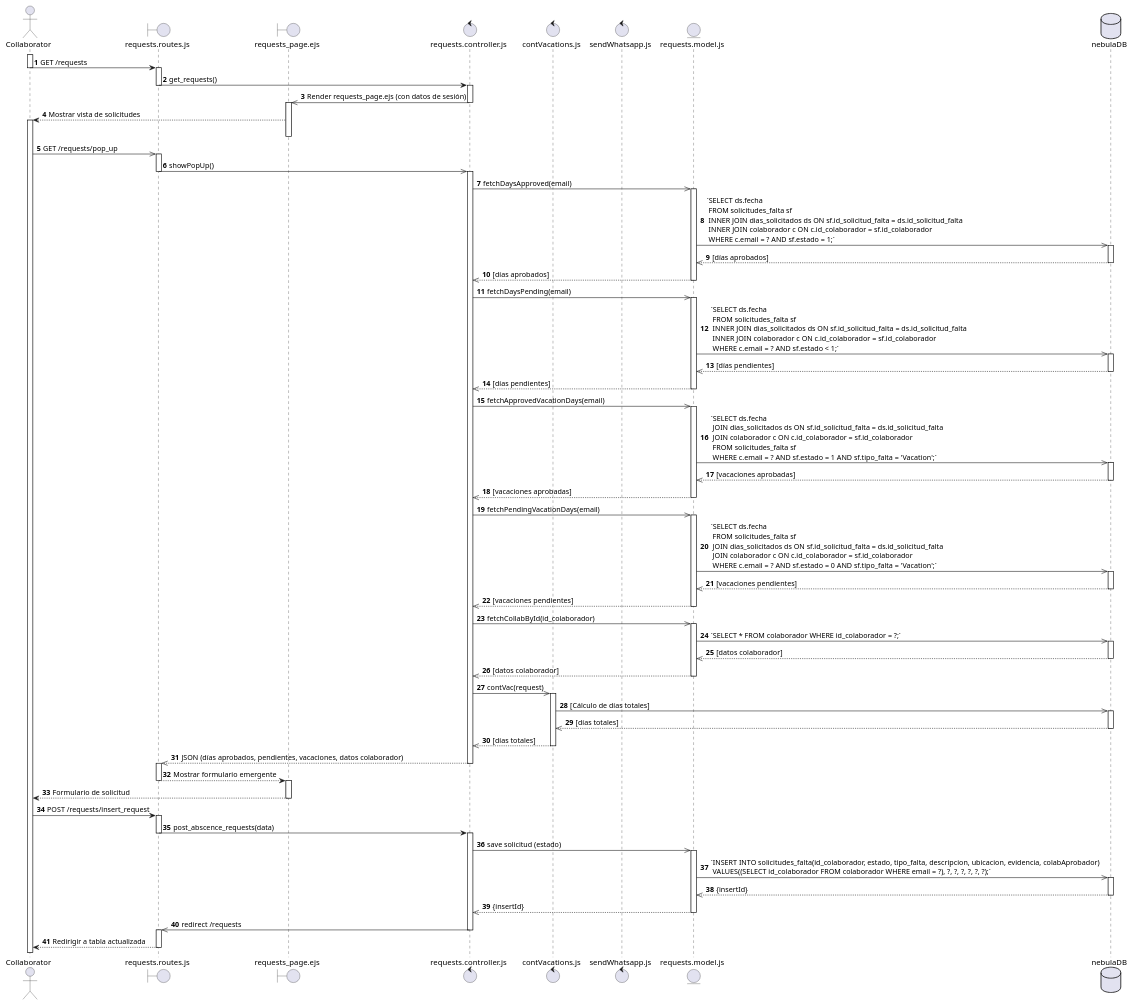
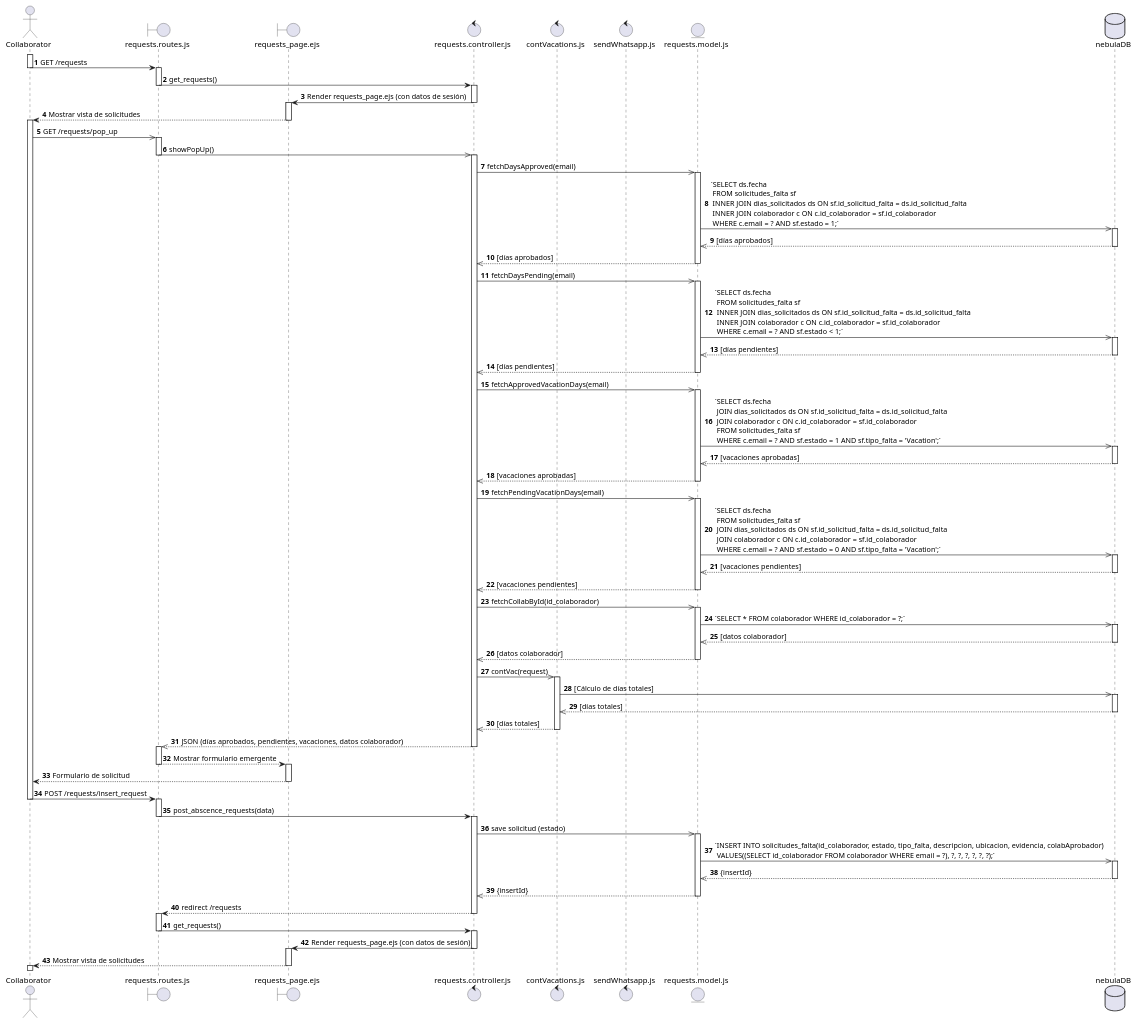
Before and after one commit to SALV19/Nebula_tc2005b: the diagram in diagramas_secuencia/req_08_Corregido.puml, drawn with PlantUML.

Commit message:
[UPDATE] Secuence Diagram

```diff
--- a/diagramas_secuencia/req_08_Corregido.puml
+++ b/diagramas_secuencia/req_08_Corregido.puml
@@ -1,137 +1,149 @@
 @startuml RegistroSolicitudFalta_REQ8_FINAL
 autonumber
 actor Collaborator
 boundary requests.routes.js as RequestRoutes
 boundary requests_page.ejs as RequestView
 control requests.controller.js as RequestController
 control contVacations.js as VacationsUtil
 control sendWhatsapp.js as WhatsappUtil
 entity requests.model.js as RequestModel
 database nebulaDB as MySQL
 
 ' === Inicio: Visualizar solicitudes ===
 
 activate Collaborator
 Collaborator -> RequestRoutes : GET /requests
 deactivate Collaborator
 activate RequestRoutes
 RequestRoutes -> RequestController : get_requests()
 deactivate RequestRoutes
 
 activate RequestController
-RequestController ->> RequestView : Render requests_page.ejs (con datos de sesión)
+RequestController -> RequestView : Render requests_page.ejs (con datos de sesión)
 deactivate RequestController
 
 activate RequestView
 RequestView --> Collaborator : Mostrar vista de solicitudes
+deactivate RequestView
 activate Collaborator
-deactivate RequestView
+
 
 ' === Flujo: Registrar nueva solicitud ===
 Collaborator ->> RequestRoutes : GET /requests/pop_up
 activate RequestRoutes
 
 RequestRoutes ->> RequestController : showPopUp()
 deactivate RequestRoutes
 
 
 activate RequestController
 
 RequestController ->> RequestModel : fetchDaysApproved(email)
 activate RequestModel
 RequestModel ->> MySQL :`SELECT ds.fecha \n FROM solicitudes_falta sf \n INNER JOIN dias_solicitados ds ON sf.id_solicitud_falta = ds.id_solicitud_falta \n INNER JOIN colaborador c ON c.id_colaborador = sf.id_colaborador \n WHERE c.email = ? AND sf.estado = 1;`
 activate MySQL
 MySQL -->> RequestModel : [días aprobados]
 deactivate MySQL
 RequestModel -->> RequestController : [días aprobados]
 deactivate RequestModel
 
 RequestController ->> RequestModel : fetchDaysPending(email)
 activate RequestModel
 RequestModel ->> MySQL :`SELECT ds.fecha \n FROM solicitudes_falta sf \n INNER JOIN dias_solicitados ds ON sf.id_solicitud_falta = ds.id_solicitud_falta \n INNER JOIN colaborador c ON c.id_colaborador = sf.id_colaborador \n WHERE c.email = ? AND sf.estado < 1;`
 activate MySQL
 MySQL -->> RequestModel : [días pendientes]
 deactivate MySQL
 RequestModel -->> RequestController : [días pendientes]
 deactivate RequestModel
 
 RequestController ->> RequestModel : fetchApprovedVacationDays(email)
 activate RequestModel
 RequestModel ->> MySQL :`SELECT ds.fecha \n JOIN dias_solicitados ds ON sf.id_solicitud_falta = ds.id_solicitud_falta \n JOIN colaborador c ON c.id_colaborador = sf.id_colaborador \n FROM solicitudes_falta sf \n WHERE c.email = ? AND sf.estado = 1 AND sf.tipo_falta = 'Vacation';`
 activate MySQL
 MySQL -->> RequestModel : [vacaciones aprobadas]
 deactivate MySQL
 RequestModel -->> RequestController : [vacaciones aprobadas]
 deactivate RequestModel
 
 RequestController ->> RequestModel : fetchPendingVacationDays(email)
 activate RequestModel
 RequestModel ->> MySQL :`SELECT ds.fecha \n FROM solicitudes_falta sf \n JOIN dias_solicitados ds ON sf.id_solicitud_falta = ds.id_solicitud_falta \n JOIN colaborador c ON c.id_colaborador = sf.id_colaborador \n WHERE c.email = ? AND sf.estado = 0 AND sf.tipo_falta = 'Vacation';`
 activate MySQL
 MySQL -->> RequestModel : [vacaciones pendientes]
 deactivate MySQL
 RequestModel -->> RequestController : [vacaciones pendientes]
 deactivate RequestModel
 
 RequestController ->> RequestModel : fetchCollabById(id_colaborador)
 activate RequestModel
 RequestModel ->> MySQL :`SELECT * FROM colaborador WHERE id_colaborador = ?;`
 activate MySQL
 MySQL -->> RequestModel : [datos colaborador]
 deactivate MySQL
 RequestModel -->> RequestController : [datos colaborador]
 deactivate RequestModel
 
 RequestController ->> VacationsUtil : contVac(request)
 activate VacationsUtil
 VacationsUtil ->> MySQL : [Cálculo de días totales]
 activate MySQL
 MySQL -->> VacationsUtil : [días totales]
 deactivate MySQL
 VacationsUtil -->> RequestController : [días totales]
 deactivate VacationsUtil
 
 
 RequestController -->> RequestRoutes : JSON (días aprobados, pendientes, vacaciones, datos colaborador)
 deactivate RequestController
 activate RequestRoutes
 
 
 RequestRoutes --> RequestView : Mostrar formulario emergente
 deactivate RequestRoutes
 activate RequestView
 
 RequestView --> Collaborator : Formulario de solicitud
 
 deactivate RequestView
 
 ' === Submit: Enviar solicitud de falta ===
 Collaborator -> RequestRoutes : POST /requests/insert_request
+deactivate Collaborator
 
 activate RequestRoutes
 RequestRoutes -> RequestController : post_abscence_requests(data)
 deactivate RequestRoutes
+
 
 activate RequestController
 RequestController ->> RequestModel : save solicitud (estado)
 activate RequestModel
 RequestModel ->> MySQL :`INSERT INTO solicitudes_falta(id_colaborador, estado, tipo_falta, descripcion, ubicacion, evidencia, colabAprobador) \n VALUES((SELECT id_colaborador FROM colaborador WHERE email = ?), ?, ?, ?, ?, ?, ?);`
 activate MySQL
 MySQL -->> RequestModel : {insertId}
 deactivate MySQL
 RequestModel -->> RequestController : {insertId}
 
 deactivate RequestModel
 
 ' === Notificación si es SuperAdmin ===
 
-RequestController ->> RequestRoutes : redirect /requests
+RequestController --> RequestRoutes : redirect /requests
 deactivate RequestController
 activate RequestRoutes
 
 
-RequestRoutes --> Collaborator : Redirigir a tabla actualizada
+RequestRoutes -> RequestController : get_requests()
 deactivate RequestRoutes
+
+activate RequestController
+RequestController -> RequestView : Render requests_page.ejs (con datos de sesión)
+deactivate RequestController
+
+activate RequestView
+RequestView --> Collaborator : Mostrar vista de solicitudes
+deactivate RequestView
+activate Collaborator
 
 
 @enduml
```
